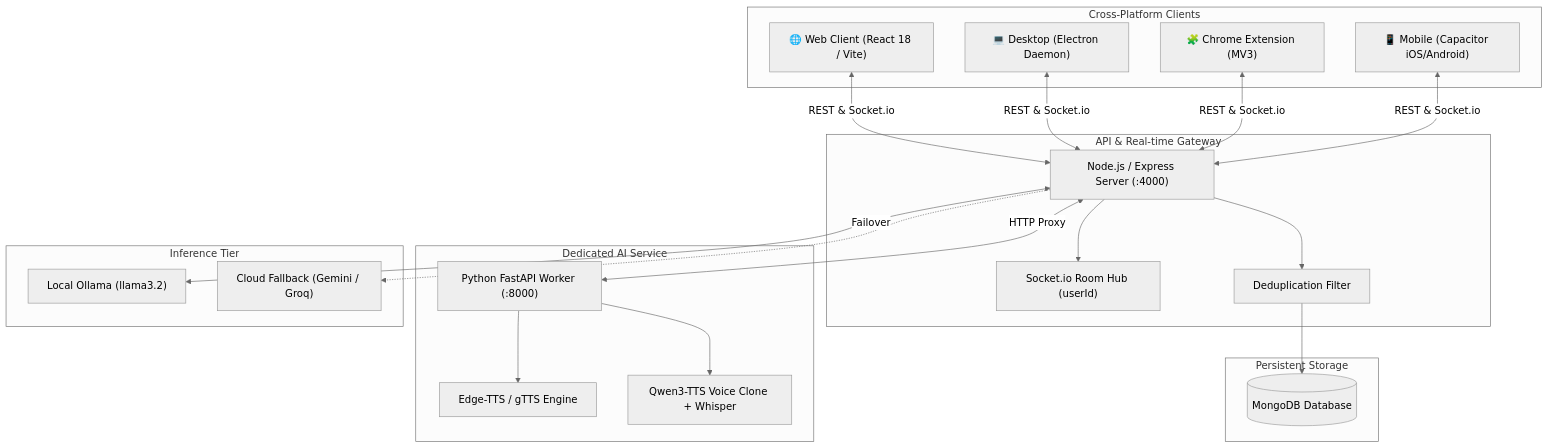
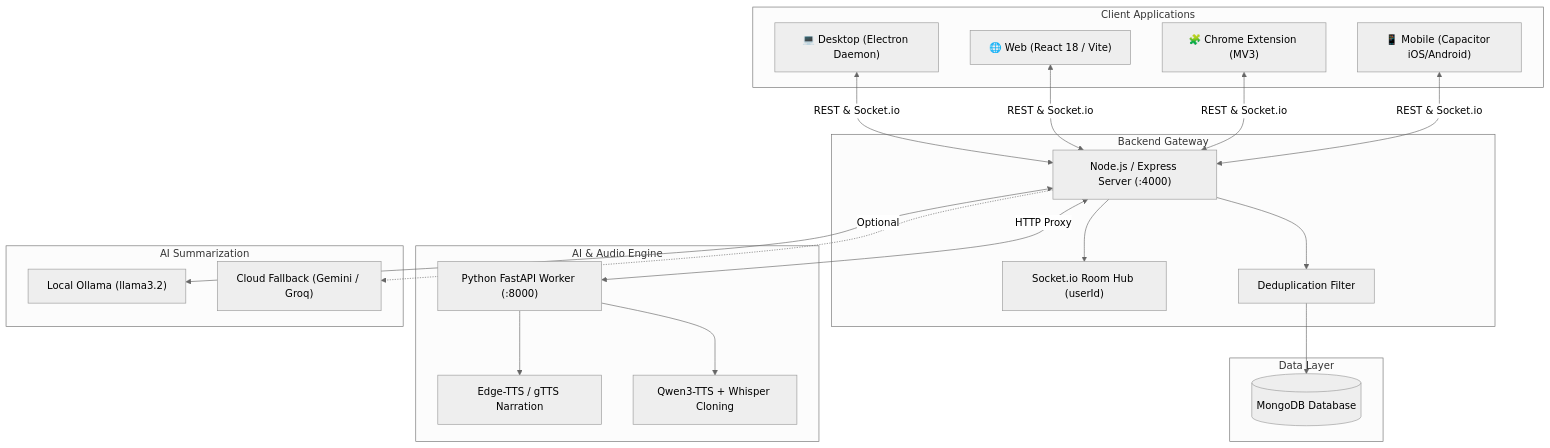
One commit to vanshikatomar747/clipvault-client changed the diagram in README.md. Above: the diagram before and after it, drawn with Mermaid (neutral theme). The commit also changed other lines of this file, not shown here.

````diff
--- a/README.md
+++ b/README.md
@@ -142,40 +133,40 @@
 ```mermaid
 flowchart TD
-    subgraph Clients["Cross-Platform Clients"]
-        WEB["🌐 Web Client (React 18 / Vite)"]
+    subgraph Clients["Client Applications"]
         DESK["💻 Desktop (Electron Daemon)"]
+        WEB["🌐 Web (React 18 / Vite)"]
         EXT["🧩 Chrome Extension (MV3)"]
         MOB["📱 Mobile (Capacitor iOS/Android)"]
     end
 
-    subgraph Backend["API & Real-time Gateway"]
+    subgraph Gateway["Backend Gateway"]
         API["Node.js / Express Server (:4000)"]
         SOCKET["Socket.io Room Hub (userId)"]
         DEDUP["Deduplication Filter"]
     end
 
-    subgraph Data["Persistent Storage"]
+    subgraph Database["Data Layer"]
         MONGO[("MongoDB Database")]
     end
 
-    subgraph AIWorker["Dedicated AI Service"]
+    subgraph AIService["AI & Audio Engine"]
         FASTAPI["Python FastAPI Worker (:8000)"]
-        TTS["Edge-TTS / gTTS Engine"]
-        CLONE["Qwen3-TTS Voice Clone + Whisper"]
+        TTS["Edge-TTS / gTTS Narration"]
+        CLONE["Qwen3-TTS + Whisper Cloning"]
     end
 
-    subgraph LLM["Inference Tier"]
+    subgraph LLMTier["AI Summarization"]
         OLLAMA["Local Ollama (llama3.2)"]
         CLOUD["Cloud Fallback (Gemini / Groq)"]
     end
 
-    WEB & DESK & EXT & MOB <-->|REST & Socket.io| API
+    DESK & WEB & EXT & MOB <-->|REST & Socket.io| API
     API --> SOCKET
     API --> DEDUP
     DEDUP --> MONGO
     API <-->|HTTP Proxy| FASTAPI
     FASTAPI --> TTS
     FASTAPI --> CLONE
     API <--> OLLAMA
-    API -.->|Failover| CLOUD
+    API -.->|Optional| CLOUD
 ```
````
